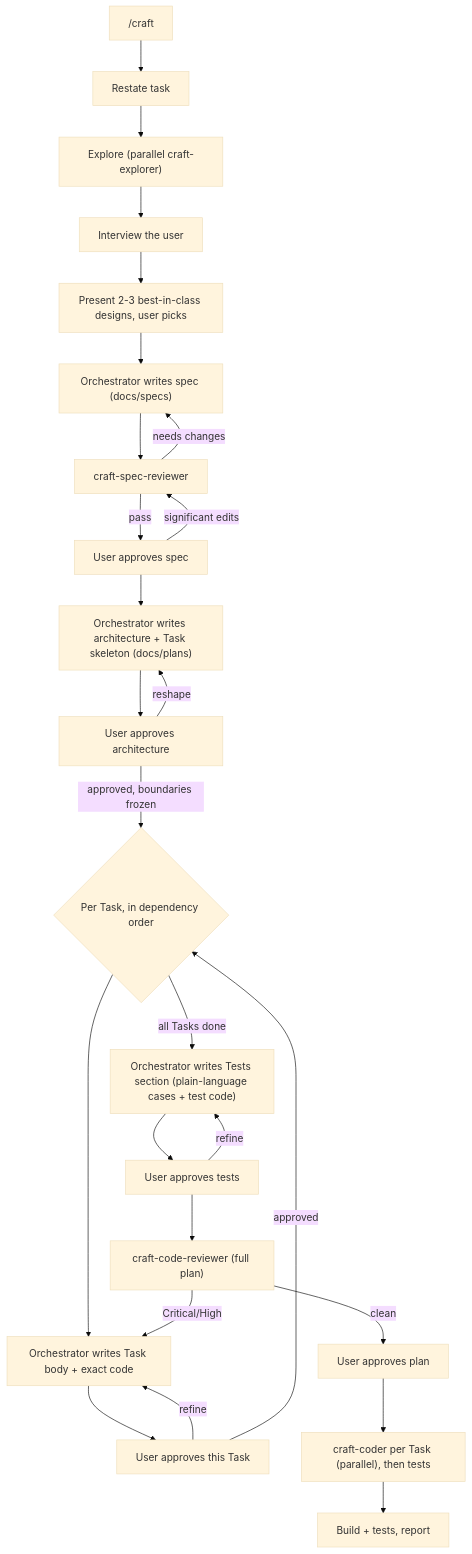
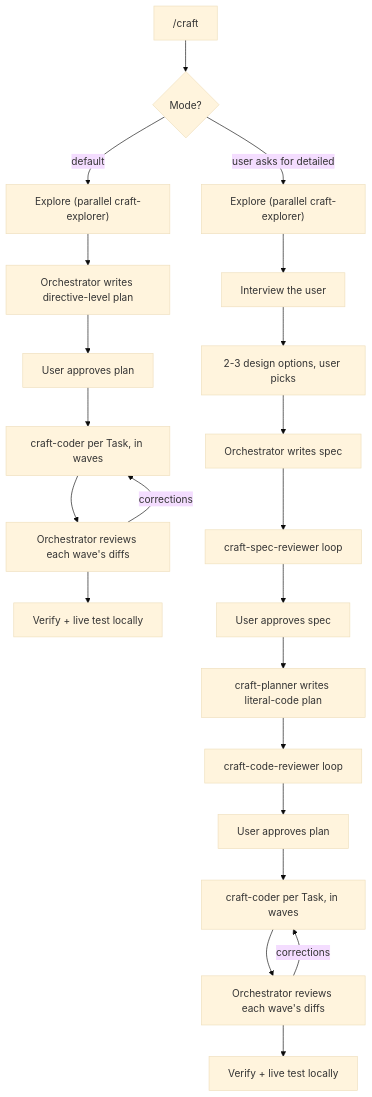
Before and after one commit to AidenHadisi/craft: the diagram in README.md, drawn with Mermaid (base theme). The commit also changed other lines of this file and 20 other files, not shown here.

First line of the commit message:
refactor: merge craft and craft-quick into single two-mode skill

````diff
--- a/README.md
+++ b/README.md
@@ -29,28 +39,25 @@
 ```mermaid
 flowchart TD
-    start["/craft"] --> understand["Restate task"]
-    understand --> explore["Explore (parallel craft-explorer)"]
-    explore --> interview["Interview the user"]
-    interview --> designs["Present 2-3 best-in-class designs, user picks"]
-    designs --> spec["Orchestrator writes spec (docs/specs)"]
-    spec --> specrev["craft-spec-reviewer"]
-    specrev -->|needs changes| spec
-    specrev -->|pass| userspec["User approves spec"]
-    userspec -->|significant edits| specrev
-    userspec --> decompose["Orchestrator writes architecture + Task skeleton (docs/plans)"]
-    decompose --> archgate["User approves architecture"]
-    archgate -->|reshape| decompose
-    archgate -->|approved, boundaries frozen| taskloop{"Per Task, in dependency order"}
-    taskloop --> design["Orchestrator writes Task body + exact code"]
-    design --> taskgate["User approves this Task"]
-    taskgate -->|refine| design
-    taskgate -->|approved| taskloop
-    taskloop -->|all Tasks done| tests["Orchestrator writes Tests section (plain-language cases + test code)"]
-    tests --> testgate["User approves tests"]
-    testgate -->|refine| tests
-    testgate --> coderev["craft-code-reviewer (full plan)"]
-    coderev -->|Critical/High| design
-    coderev -->|clean| userplan["User approves plan"]
-    userplan --> build["craft-coder per Task (parallel), then tests"]
-    build --> verify["Build + tests, report"]
+    start["/craft"] --> mode{"Mode?"}
+    mode -->|default| qexplore["Explore (parallel craft-explorer)"]
+    qexplore --> qplan["Orchestrator writes directive-level plan"]
+    qplan --> qgate["User approves plan"]
+    qgate --> qbuild["craft-coder per Task, in waves"]
+    qbuild --> qreview["Orchestrator reviews each wave's diffs"]
+    qreview -->|corrections| qbuild
+    qreview --> qverify["Verify + live test locally"]
+
+    mode -->|"user asks for detailed"| dexplore["Explore (parallel craft-explorer)"]
+    dexplore --> interview["Interview the user"]
+    interview --> designs["2-3 design options, user picks"]
+    designs --> spec["Orchestrator writes spec"]
+    spec --> specrev["craft-spec-reviewer loop"]
+    specrev --> specgate["User approves spec"]
+    specgate --> planner["craft-planner writes literal-code plan"]
+    planner --> coderev["craft-code-reviewer loop"]
+    coderev --> plangate["User approves plan"]
+    plangate --> dbuild["craft-coder per Task, in waves"]
+    dbuild --> dreview["Orchestrator reviews each wave's diffs"]
+    dreview -->|corrections| dbuild
+    dreview --> dverify["Verify + live test locally"]
 ```
````
